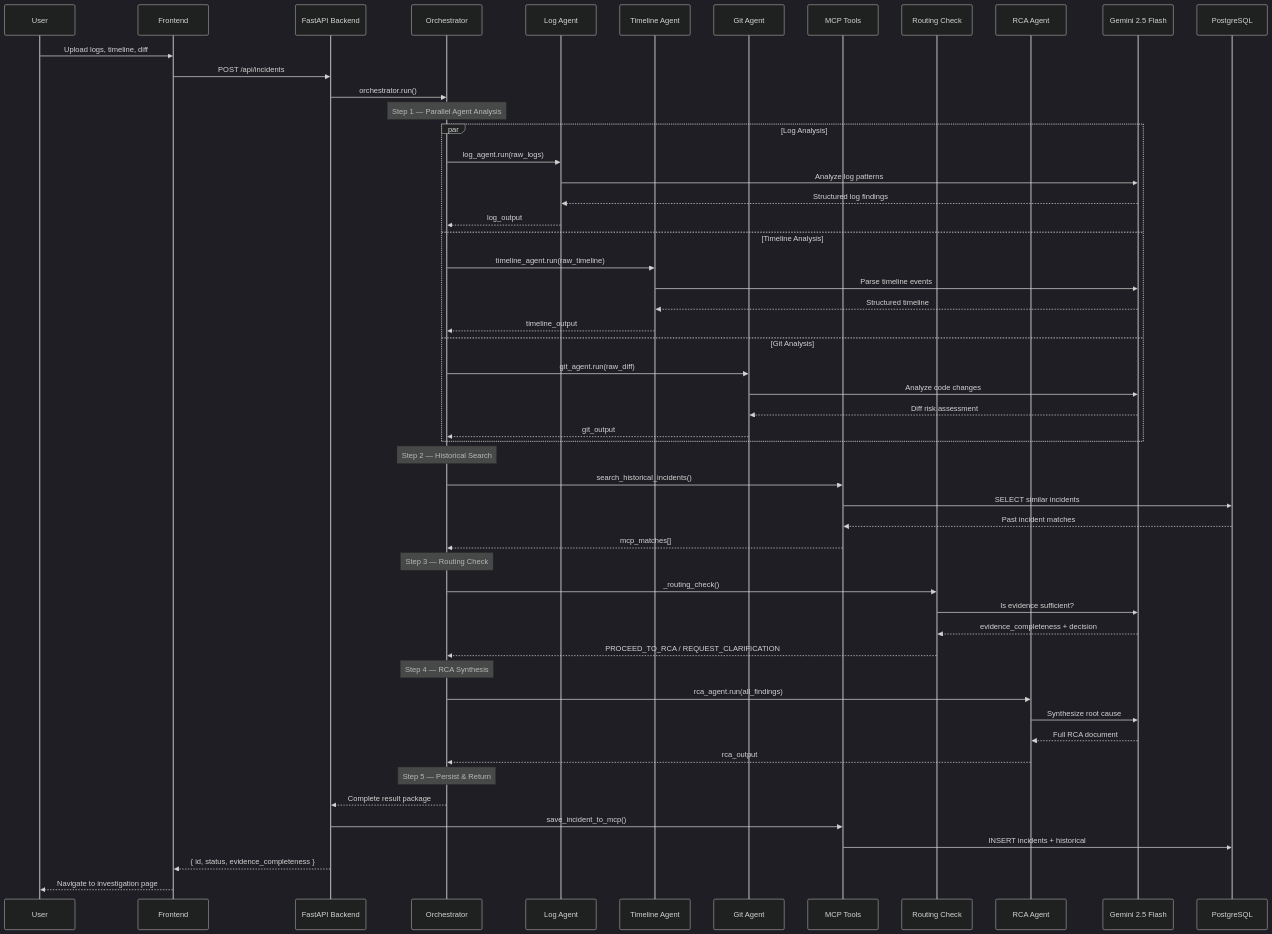
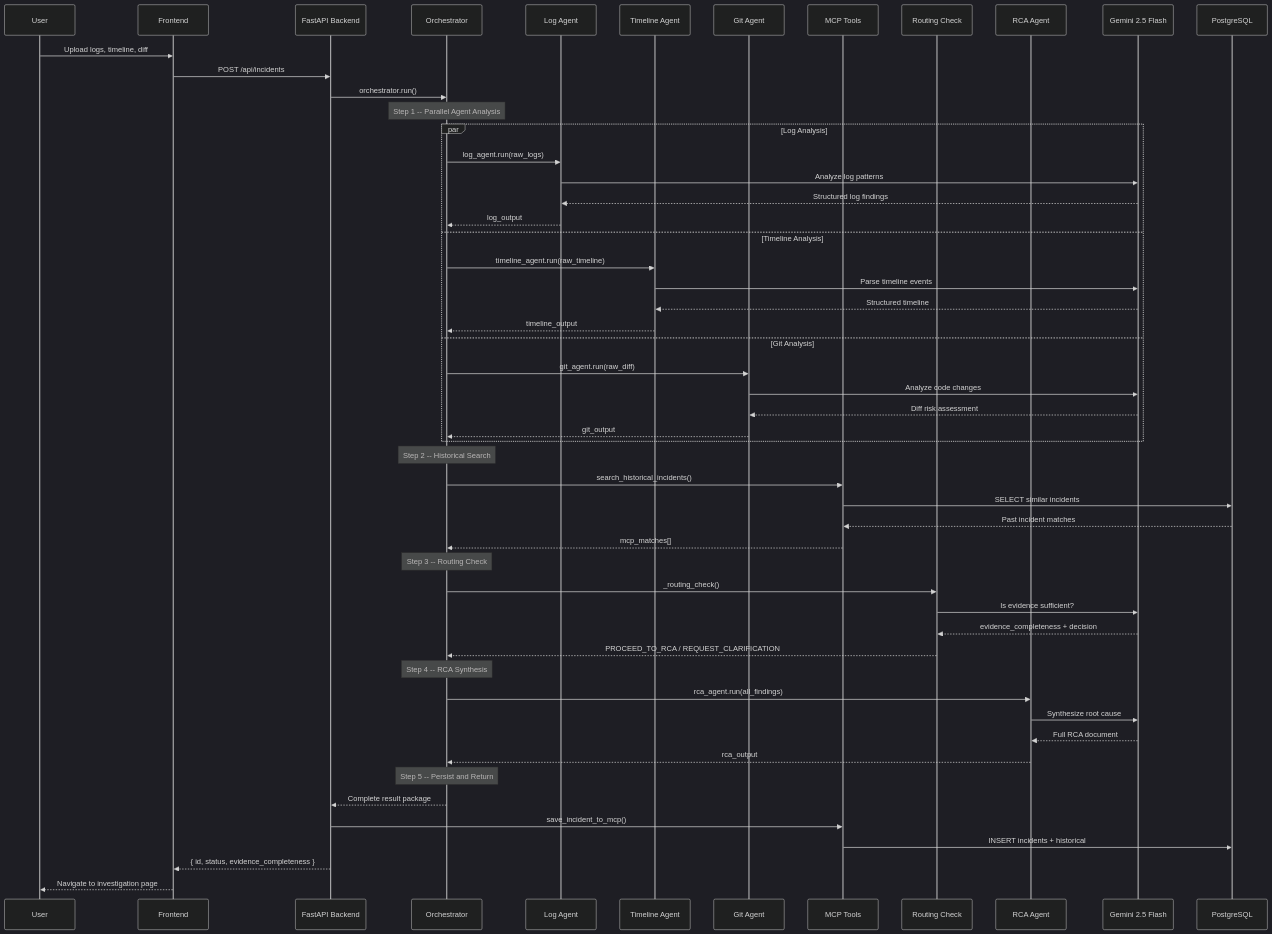
Before and after one commit to MukeshKumar-17/RCA: the second of 6 diagrams in README.md, drawn with Mermaid (dark theme). The commit also changed other lines of this file and 1 other file, not shown here.

````diff
--- a/README.md
+++ b/README.md
@@ -176,67 +175,67 @@
 ```mermaid
 sequenceDiagram
     participant User
     participant Frontend
     participant API as FastAPI Backend
     participant Orch as Orchestrator
     participant LA as Log Agent
     participant TA as Timeline Agent
     participant GA as Git Agent
     participant MCP as MCP Tools
     participant RC as Routing Check
     participant RCA as RCA Agent
     participant Gemini as Gemini 2.5 Flash
     participant DB as PostgreSQL
 
     User->>Frontend: Upload logs, timeline, diff
     Frontend->>API: POST /api/incidents
     API->>Orch: orchestrator.run()
 
-    Note over Orch: Step 1 — Parallel Agent Analysis
+    Note over Orch: Step 1 -- Parallel Agent Analysis
 
     par Log Analysis
         Orch->>LA: log_agent.run(raw_logs)
         LA->>Gemini: Analyze log patterns
         Gemini-->>LA: Structured log findings
         LA-->>Orch: log_output
     and Timeline Analysis
         Orch->>TA: timeline_agent.run(raw_timeline)
         TA->>Gemini: Parse timeline events
         Gemini-->>TA: Structured timeline
         TA-->>Orch: timeline_output
     and Git Analysis
         Orch->>GA: git_agent.run(raw_diff)
         GA->>Gemini: Analyze code changes
         Gemini-->>GA: Diff risk assessment
         GA-->>Orch: git_output
     end
 
-    Note over Orch: Step 2 — Historical Search
+    Note over Orch: Step 2 -- Historical Search
 
     Orch->>MCP: search_historical_incidents()
     MCP->>DB: SELECT similar incidents
     DB-->>MCP: Past incident matches
     MCP-->>Orch: mcp_matches[]
 
-    Note over Orch: Step 3 — Routing Check
+    Note over Orch: Step 3 -- Routing Check
 
     Orch->>RC: _routing_check()
     RC->>Gemini: Is evidence sufficient?
     Gemini-->>RC: evidence_completeness + decision
     RC-->>Orch: PROCEED_TO_RCA / REQUEST_CLARIFICATION
 
-    Note over Orch: Step 4 — RCA Synthesis
+    Note over Orch: Step 4 -- RCA Synthesis
 
     Orch->>RCA: rca_agent.run(all_findings)
     RCA->>Gemini: Synthesize root cause
     Gemini-->>RCA: Full RCA document
     RCA-->>Orch: rca_output
 
-    Note over Orch: Step 5 — Persist & Return
+    Note over Orch: Step 5 -- Persist and Return
 
     Orch-->>API: Complete result package
     API->>MCP: save_incident_to_mcp()
     MCP->>DB: INSERT incidents + historical
     API-->>Frontend: { id, status, evidence_completeness }
     Frontend-->>User: Navigate to investigation page
 ```
````
